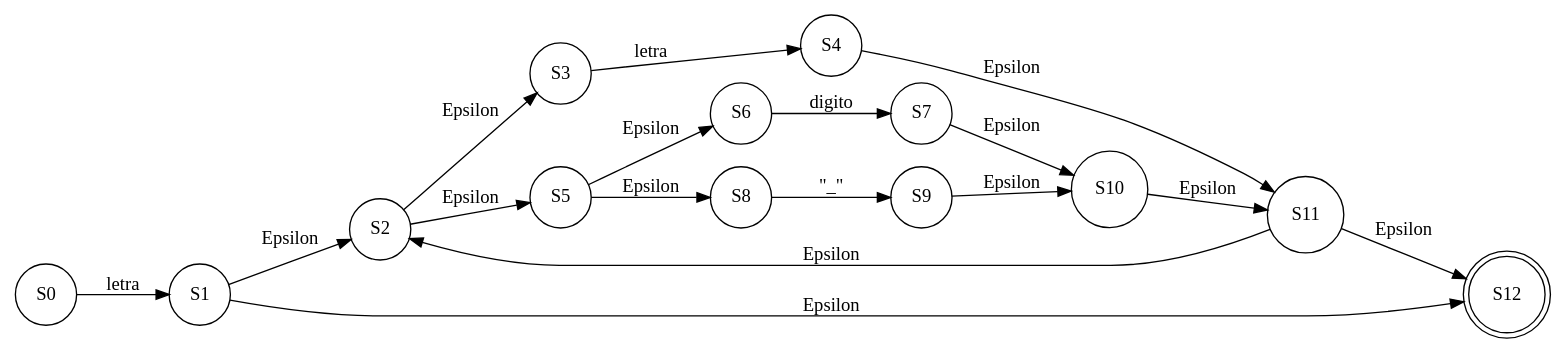
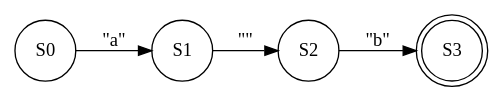
One commit to elimazariegosr/OLC1_Proyecto1_201709426 changed the diagram in OLC_Proyecto1_201709426/bin/Debug/afnd_er1.dot. Above: the diagram before and after it, drawn with Graphviz. The commit also changed 15 other files, not shown here.

```diff
--- a/OLC_Proyecto1_201709426/bin/Debug/afnd_er1.dot
+++ b/OLC_Proyecto1_201709426/bin/Debug/afnd_er1.dot
@@ -1,21 +1,9 @@
 digraph G{ 
 rankdir=LR;
- node[shape="circle"];S0-> S1[label="letra"];
-S1-> S2[label="Epsilon"];
-S1-> S12[label="Epsilon"];
-S2-> S3[label="Epsilon"];
-S2-> S5[label="Epsilon"];
-S3-> S4[label="letra"];
-S4-> S11[label="Epsilon"];
-S5-> S6[label="Epsilon"];
-S5-> S8[label="Epsilon"];
-S6-> S7[label="digito"];
-S7-> S10[label="Epsilon"];
-S8-> S9[label="\"_\""];
-S9-> S10[label="Epsilon"];
-S10-> S11[label="Epsilon"];
-S11-> S2[label="Epsilon"];
-S11-> S12[label="Epsilon"];
-S12[shape="doublecircle"]
+ node[shape="circle"];S0-> S1[label="\"a\""];
+S1-> S2[label="\"
+\""];
+S2-> S3[label="\"b\""];
+S3[shape="doublecircle"]
 
 }
```
